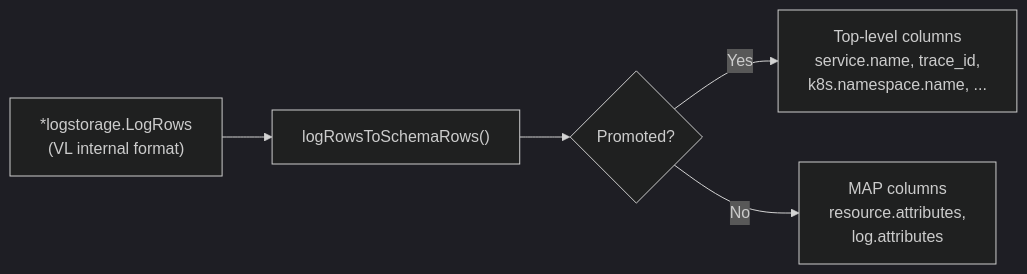
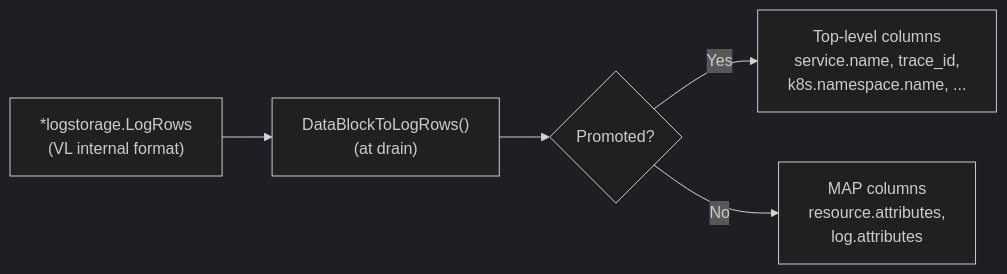
One commit to ReliablyObserve/victoria-lakehouse changed the third of 17 diagrams in docs/storage-flow.md. Above: the diagram before and after it, drawn with Mermaid (dark theme). The commit also changed other lines of this file and 297 other files, not shown here.

````diff
--- a/docs/storage-flow.md
+++ b/docs/storage-flow.md
@@ -105,7 +97,7 @@
 ```mermaid
 graph LR
-    LR["*logstorage.LogRows<br/>(VL internal format)"] --> CONV["logRowsToSchemaRows()"]
+    LR["*logstorage.LogRows<br/>(VL internal format)"] --> CONV["DataBlockToLogRows()<br/>(at drain)"]
     CONV --> PROM{Promoted?}
     PROM -->|Yes| TOP[Top-level columns<br/>service.name, trace_id,<br/>k8s.namespace.name, ...]
     PROM -->|No| MAP[MAP columns<br/>resource.attributes,<br/>log.attributes]
 ```
````
